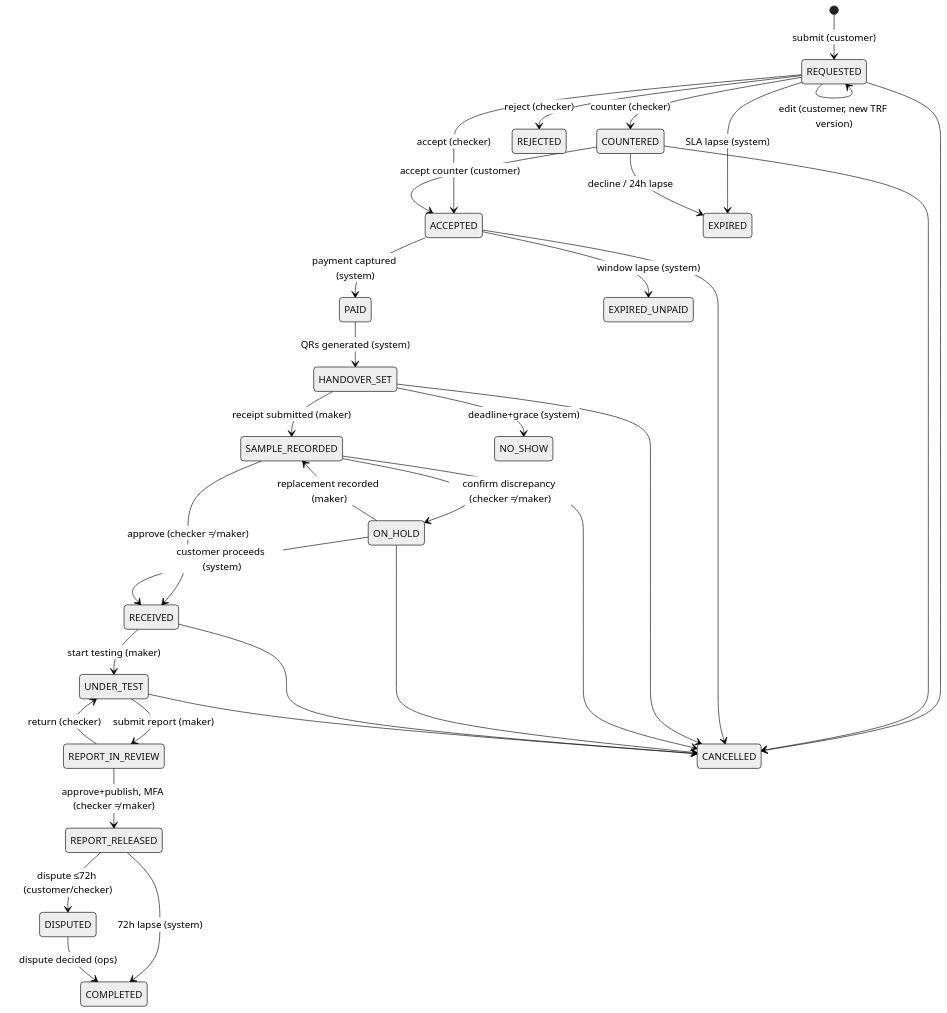
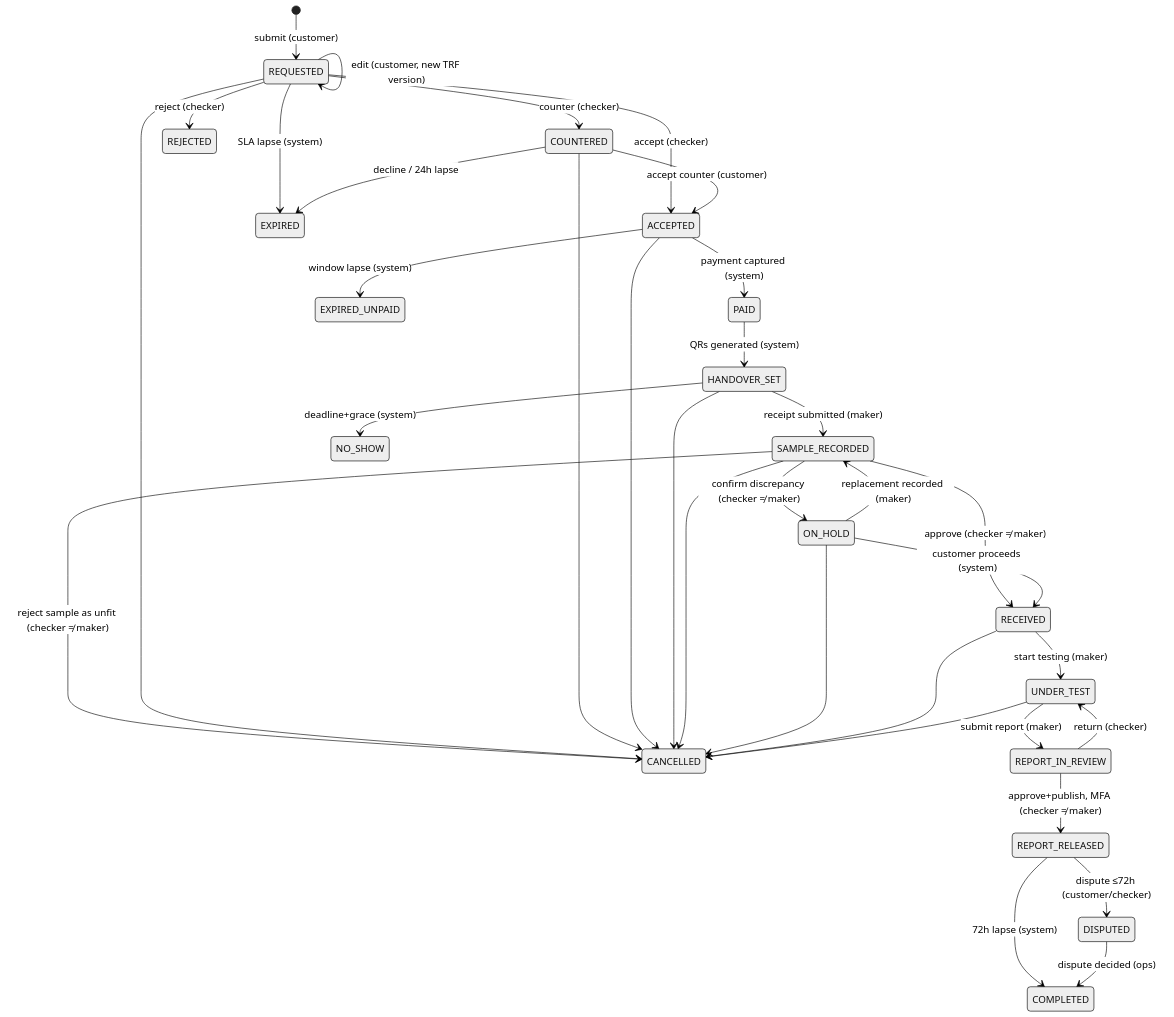
The diagram in docs/02-architecture/BOOKING_STATE_MACHINE.md (Hashtrak-sh/LabConnect), drawn with Mermaid (neutral theme) before and after one commit. The commit also changed other lines of this file and 14 other files, not shown here.

````diff
--- a/docs/02-architecture/BOOKING_STATE_MACHINE.md
+++ b/docs/02-architecture/BOOKING_STATE_MACHINE.md
@@ -32,35 +32,36 @@
 ```mermaid
 stateDiagram-v2
   [*] --> REQUESTED: submit (customer)
   REQUESTED --> REQUESTED: edit (customer, new TRF version)
   REQUESTED --> ACCEPTED: accept (checker)
   REQUESTED --> COUNTERED: counter (checker)
   REQUESTED --> REJECTED: reject (checker)
   REQUESTED --> EXPIRED: SLA lapse (system)
   COUNTERED --> ACCEPTED: accept counter (customer)
   COUNTERED --> EXPIRED: decline / 24h lapse
   ACCEPTED --> PAID: payment captured (system)
   ACCEPTED --> EXPIRED_UNPAID: window lapse (system)
   PAID --> HANDOVER_SET: QRs generated (system)
   HANDOVER_SET --> SAMPLE_RECORDED: receipt submitted (maker)
   HANDOVER_SET --> NO_SHOW: deadline+grace (system)
   SAMPLE_RECORDED --> RECEIVED: approve (checker ≠ maker)
   SAMPLE_RECORDED --> ON_HOLD: confirm discrepancy (checker ≠ maker)
+  SAMPLE_RECORDED --> CANCELLED: reject sample as unfit (checker ≠ maker)
   ON_HOLD --> RECEIVED: customer proceeds (system)
   ON_HOLD --> SAMPLE_RECORDED: replacement recorded (maker)
   RECEIVED --> UNDER_TEST: start testing (maker)
   UNDER_TEST --> REPORT_IN_REVIEW: submit report (maker)
   REPORT_IN_REVIEW --> UNDER_TEST: return (checker)
   REPORT_IN_REVIEW --> REPORT_RELEASED: approve+publish, MFA (checker ≠ maker)
   REPORT_RELEASED --> DISPUTED: dispute ≤72h (customer/checker)
   REPORT_RELEASED --> COMPLETED: 72h lapse (system)
   DISPUTED --> COMPLETED: dispute decided (ops)
   REQUESTED --> CANCELLED
   COUNTERED --> CANCELLED
   ACCEPTED --> CANCELLED
   HANDOVER_SET --> CANCELLED
   SAMPLE_RECORDED --> CANCELLED
   ON_HOLD --> CANCELLED
   RECEIVED --> CANCELLED
   UNDER_TEST --> CANCELLED
 ```
````
